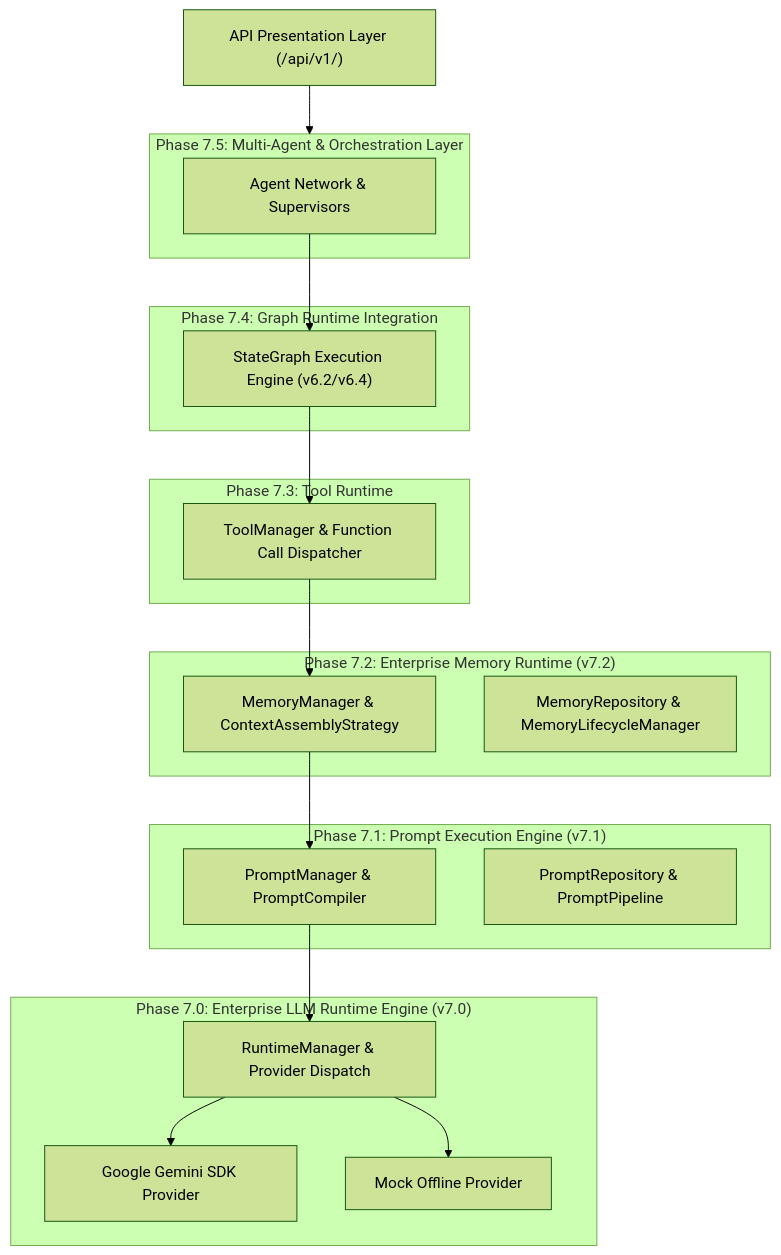
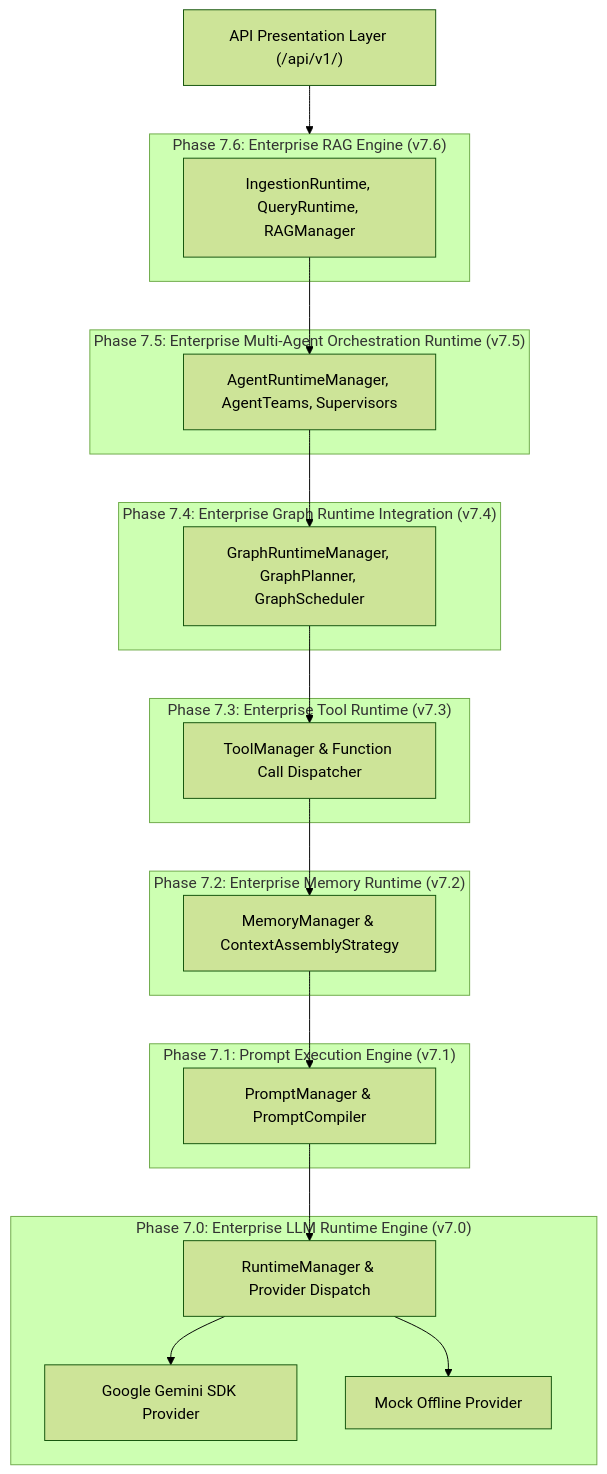
One commit to likith1502/volta-ai-chatbot changed the second of 3 diagrams in backend/docs/RUNTIME_ARCHITECTURE.md. Above: the diagram before and after it, drawn with Mermaid (forest theme). The commit also changed other lines of this file and 8 other files, not shown here.

Commit message:
docs(v7.6): sync Phase 7.6 Enterprise RAG Engine documentation, add full-stack RAG smoke test, and update baseline snapshots

````diff
--- a/backend/docs/RUNTIME_ARCHITECTURE.md
+++ b/backend/docs/RUNTIME_ARCHITECTURE.md
@@ -49,41 +51,44 @@
 ```mermaid
 graph TD
     Client["API Presentation Layer (/api/v1/)"] 
     
-    subgraph Layer5["Phase 7.5: Multi-Agent & Orchestration Layer"]
-        Agents["Agent Network & Supervisors"]
+    subgraph Layer6["Phase 7.6: Enterprise RAG Engine (v7.6)"]
+        RAGEngine["IngestionRuntime, QueryRuntime, RAGManager"]
+    end
+
+    subgraph Layer5["Phase 7.5: Enterprise Multi-Agent Orchestration Runtime (v7.5)"]
+        Agents["AgentRuntimeManager, AgentTeams, Supervisors"]
     end
     
-    subgraph Layer4["Phase 7.4: Graph Runtime Integration"]
-        GraphEngine["StateGraph Execution Engine (v6.2/v6.4)"]
+    subgraph Layer4["Phase 7.4: Enterprise Graph Runtime Integration (v7.4)"]
+        GraphEngine["GraphRuntimeManager, GraphPlanner, GraphScheduler"]
     end
     
-    subgraph Layer3["Phase 7.3: Tool Runtime"]
+    subgraph Layer3["Phase 7.3: Enterprise Tool Runtime (v7.3)"]
         ToolManager["ToolManager & Function Call Dispatcher"]
     end
     
     subgraph Layer2["Phase 7.2: Enterprise Memory Runtime (v7.2)"]
         MemoryManager["MemoryManager & ContextAssemblyStrategy"]
-        MemRepo["MemoryRepository & MemoryLifecycleManager"]
     end
     
     subgraph Layer1["Phase 7.1: Prompt Execution Engine (v7.1)"]
         PromptManager["PromptManager & PromptCompiler"]
-        PromptRepo["PromptRepository & PromptPipeline"]
     end
     
     subgraph Layer0["Phase 7.0: Enterprise LLM Runtime Engine (v7.0)"]
         RuntimeManager["RuntimeManager & Provider Dispatch"]
         GeminiProvider["Google Gemini SDK Provider"]
         MockProvider["Mock Offline Provider"]
     end
 
-    Client --> Layer5
+    Client --> Layer6
+    RAGEngine --> Agents
     Agents --> GraphEngine
     GraphEngine --> ToolManager
     ToolManager --> MemoryManager
     MemoryManager --> PromptManager
     PromptManager --> RuntimeManager
     RuntimeManager --> GeminiProvider
     RuntimeManager --> MockProvider
 ```
````
